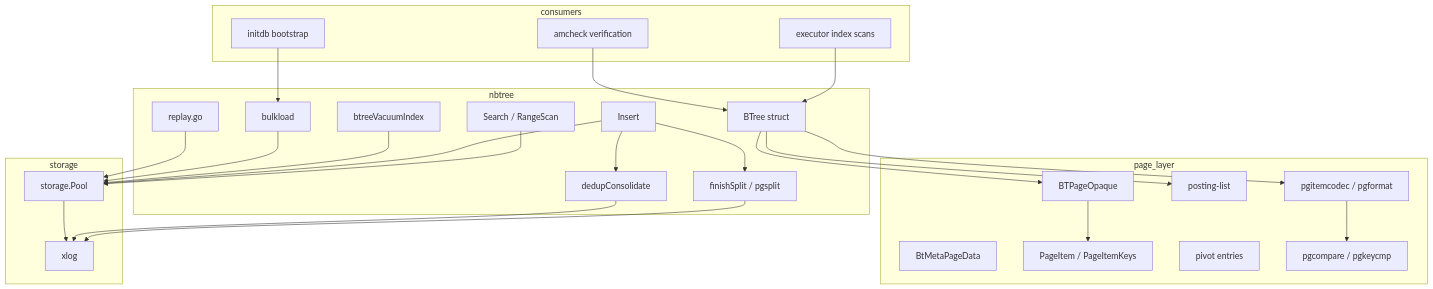
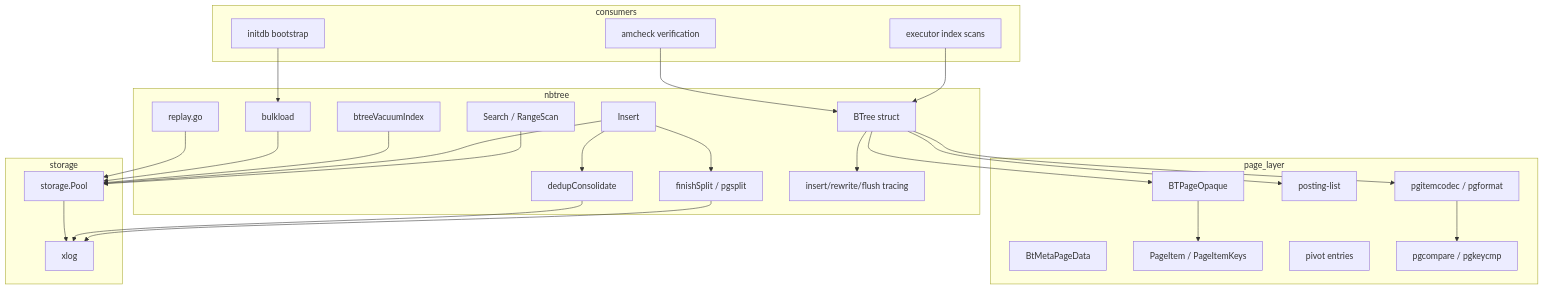
Before and after one commit to ryogrid/goopg: the first of 6 diagrams in docs/wiki/modules/nbtree.md, drawn with Mermaid. The commit also changed other lines of this file and 20 other files, not shown here.

Commit message:
docs(wiki): second expansion pass — all 21 module docs ~2x again (total 14.8k lines, 138 mermaid blocks) — M-NIGHTLY

````diff
--- a/docs/wiki/modules/nbtree.md
+++ b/docs/wiki/modules/nbtree.md
@@ -14,46 +14,48 @@
 ```mermaid
 flowchart TD
     subgraph nbtree
         BT[BTree struct]
         SEARCH[Search / RangeScan]
         INSERT[Insert]
         SPLIT[finishSplit / pgsplit]
         DEDUP[dedupConsolidate]
         VAC[btreeVacuumIndex]
         BULK[bulkload]
         WAL_REDO[replay.go]
+        TRACE[insert/rewrite/flush tracing]
     end
     subgraph page_layer
         META[BtMetaPageData]
         OPAQUE[BTPageOpaque]
         ITEMS[PageItem / PageItemKeys]
         POST[posting-list]
         PIVOT[pivot entries]
         KEY[pgitemcodec / pgformat]
         CMP[pgcompare / pgkeycmp]
     end
     subgraph storage
         POOL[storage.Pool]
         WAL[xlog]
     end
     subgraph consumers
         EXEC[executor index scans]
         INIT[initdb bootstrap]
         AMCHECK[amcheck verification]
     end
     SEARCH --> POOL
     INSERT --> POOL
     INSERT --> SPLIT
     INSERT --> DEDUP
     SPLIT --> WAL
     DEDUP --> WAL
     VAC --> POOL
     BULK --> POOL
     BT --> OPAQUE --> ITEMS
     BT --> POST
     BT --> KEY --> CMP
     WAL_REDO --> POOL --> WAL
     EXEC --> BT
     INIT --> BULK
     AMCHECK --> BT
+    BT --> TRACE
 ```
````
